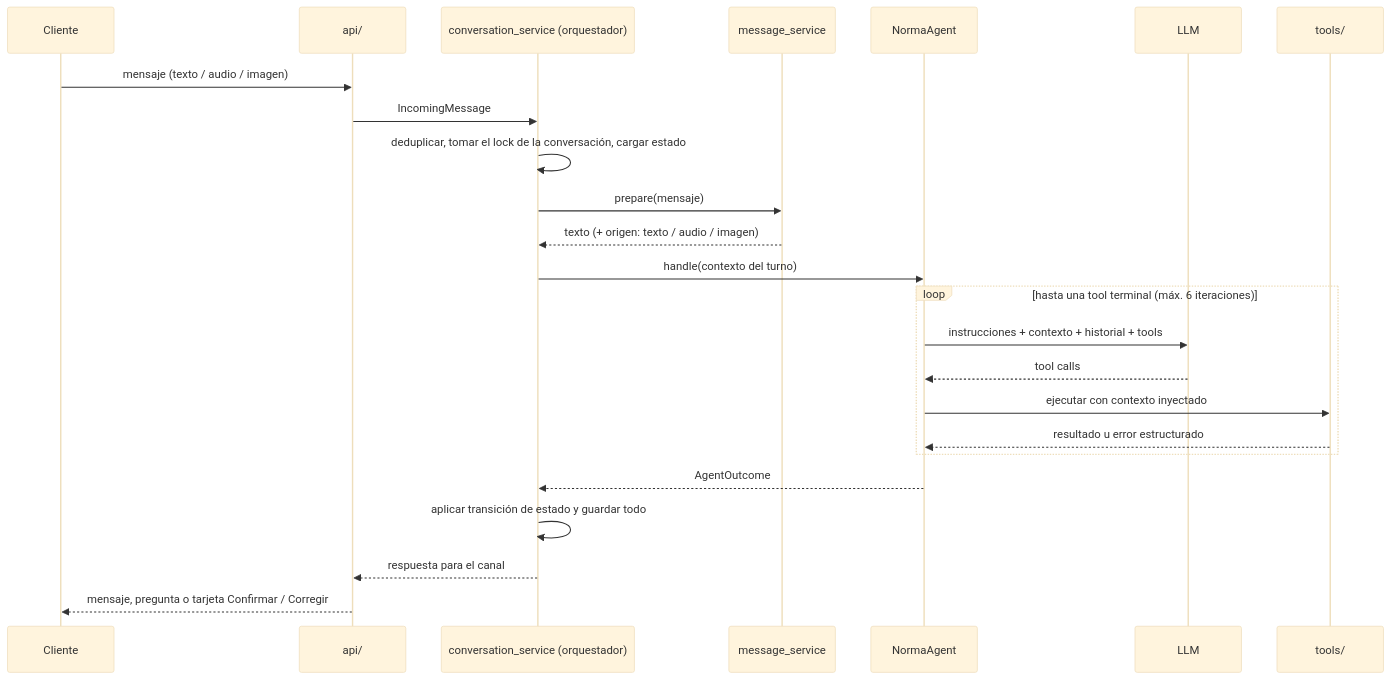
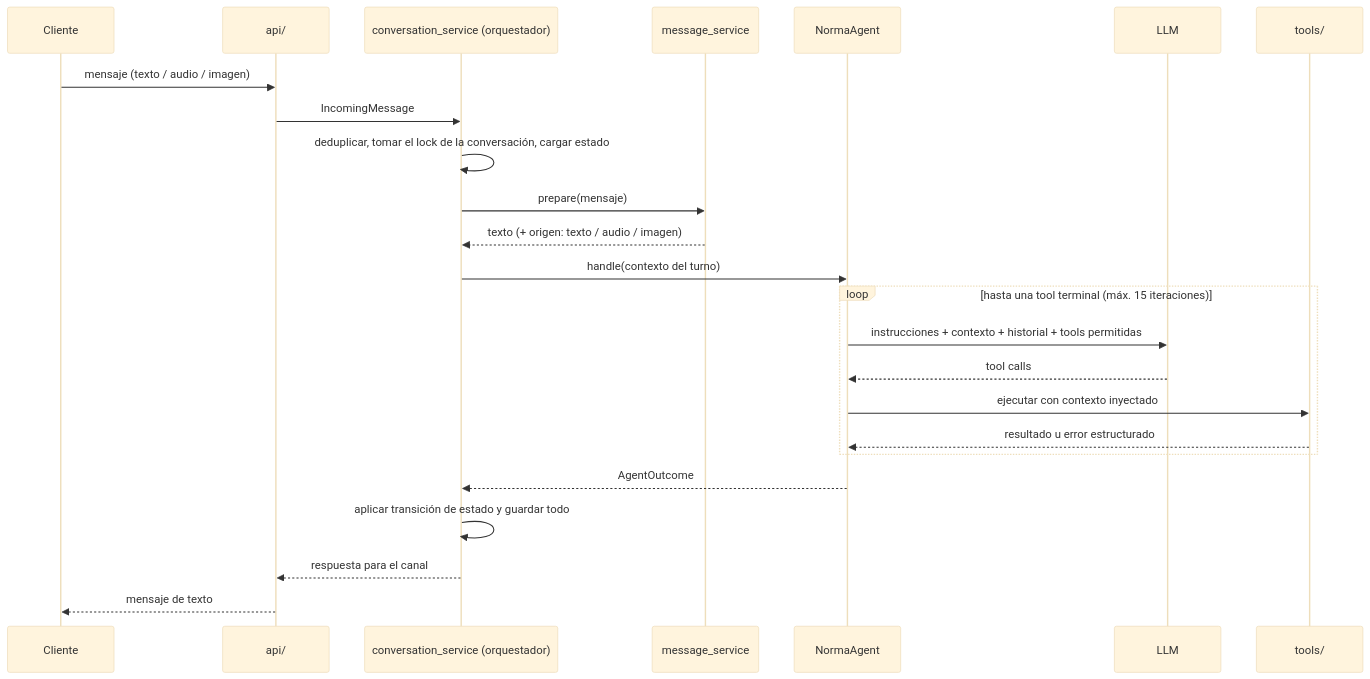
Before and after one commit to FernandoMRestelli/norma-agentic-ai: the second of 4 diagrams in docs/spec/agente.md, drawn with Mermaid (base theme). The commit also changed other lines of this file and 111 other files, not shown here.

````diff
--- a/docs/spec/agente.md
+++ b/docs/spec/agente.md
@@ -93,26 +98,26 @@
 ```mermaid
 sequenceDiagram
     participant C as Cliente
     participant API as api/
     participant O as conversation_service (orquestador)
     participant M as message_service
     participant A as NormaAgent
     participant L as LLM
     participant T as tools/
     C->>API: mensaje (texto / audio / imagen)
     API->>O: IncomingMessage
     O->>O: deduplicar, tomar el lock de la conversación, cargar estado
     O->>M: prepare(mensaje)
     M-->>O: texto (+ origen: texto / audio / imagen)
     O->>A: handle(contexto del turno)
-    loop hasta una tool terminal (máx. 6 iteraciones)
-        A->>L: instrucciones + contexto + historial + tools
+    loop hasta una tool terminal (máx. 15 iteraciones)
+        A->>L: instrucciones + contexto + historial + tools permitidas
         L-->>A: tool calls
         A->>T: ejecutar con contexto inyectado
         T-->>A: resultado u error estructurado
     end
     A-->>O: AgentOutcome
     O->>O: aplicar transición de estado y guardar todo
     O-->>API: respuesta para el canal
-    API-->>C: mensaje, pregunta o tarjeta Confirmar / Corregir
+    API-->>C: mensaje de texto
 ```
````
